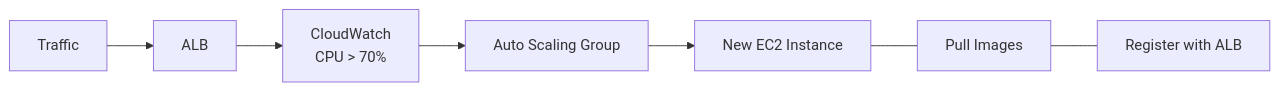
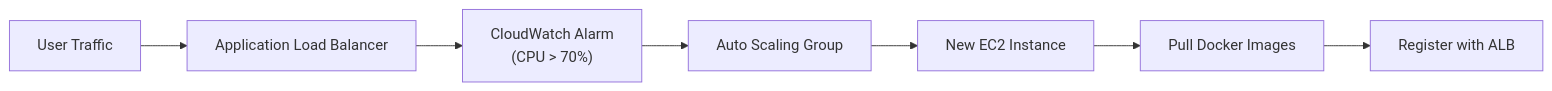
The sixth of 6 diagrams in README.md (15Vaibhavparte/3Tier-app-Capstone1), drawn with Mermaid before and after one commit. The commit also changed other lines of this file, not shown here.

````diff
--- a/README.md
+++ b/README.md
@@ -849,16 +957,17 @@
 ```mermaid
 flowchart LR
-    Traffic[" Traffic"]
-    ALB["ALB"]
-    CW["CloudWatch<br/>CPU > 70%"]
-    ASG["Auto Scaling Group"]
-    Instance["New EC2 Instance"]
+    Traffic[" User Traffic"]
+    ALB[" Application Load Balancer"]
+    CW[" CloudWatch Alarm<br/>(CPU > 70%)"]
+    ASG[" Auto Scaling Group"]
+    Instance[" New EC2 Instance"]
+    Docker[" Pull Docker Images"]
+    Target[" Register with ALB"]
 
     Traffic --> ALB
     ALB --> CW
     CW --> ASG
     ASG --> Instance
-
-    Instance --- Docker[" Pull Images"]
-    Docker --- Target[" Register with ALB"]
+    Instance --> Docker
+    Docker --> Target
 ```
````
